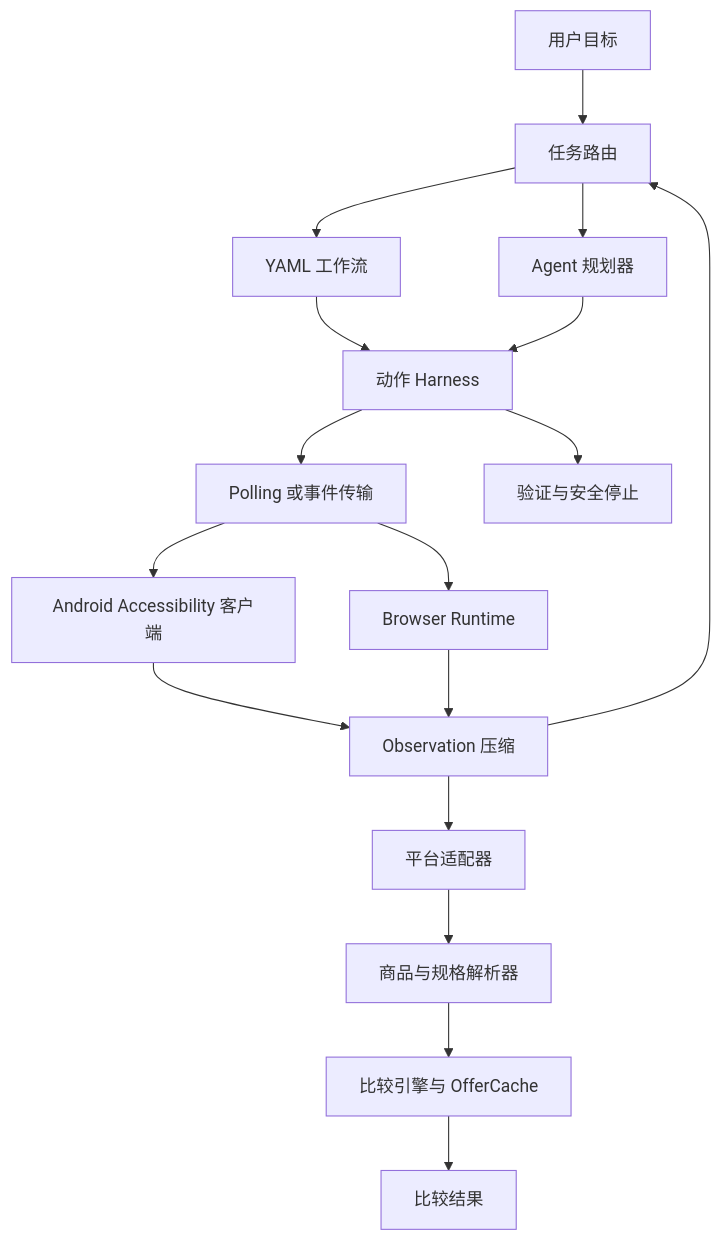
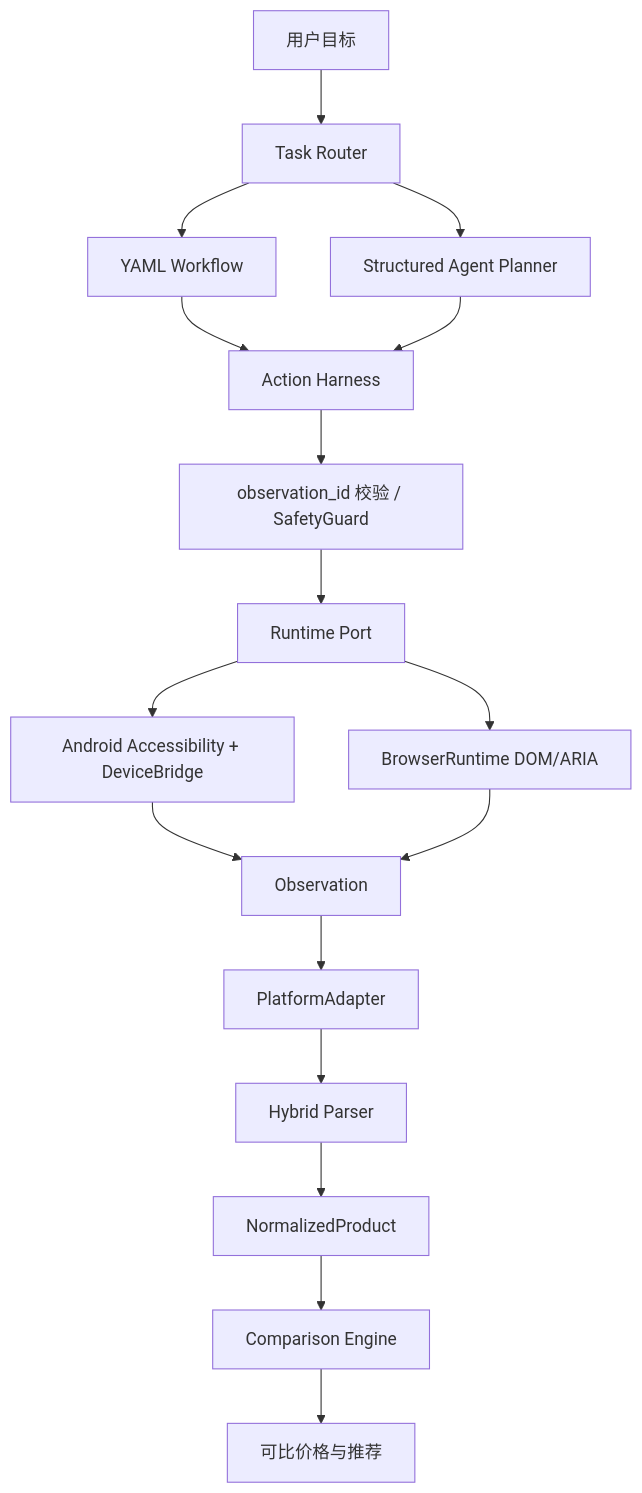
One commit to UFUN0220/priceSight changed the diagram in README.md. Above: the diagram before and after it, drawn with Mermaid. The commit also changed other lines of this file and 33 other files, not shown here.

````diff
--- a/README.md
+++ b/README.md
@@ -19,19 +25,19 @@
 ```mermaid
 flowchart TD
-    A[用户目标] --> B[任务路由]
-    B --> C[YAML 工作流]
-    B --> D[Agent 规划器]
-    C --> E[动作 Harness]
+    A[用户目标] --> B[Task Router]
+    B --> C[YAML Workflow]
+    B --> D[Structured Agent Planner]
+    C --> E[Action Harness]
     D --> E
-    E --> F[Polling 或事件传输]
-    F --> G[Android Accessibility 客户端]
-    G --> H[Observation 压缩]
-    F --> N[Browser Runtime]
-    N --> H
-    H --> B
-    E --> I[验证与安全停止]
-    H --> J[平台适配器]
-    J --> K[商品与规格解析器]
-    K --> L[比较引擎与 OfferCache]
-    L --> M[比较结果]
+    E --> F[observation_id 校验 / SafetyGuard]
+    F --> G[Runtime Port]
+    G --> H[Android Accessibility + DeviceBridge]
+    G --> I[BrowserRuntime DOM/ARIA]
+    H --> J[Observation]
+    I --> J
+    J --> K[PlatformAdapter]
+    K --> L[Hybrid Parser]
+    L --> M[NormalizedProduct]
+    M --> N[Comparison Engine]
+    N --> O[可比价格与推荐]
 ```
````
